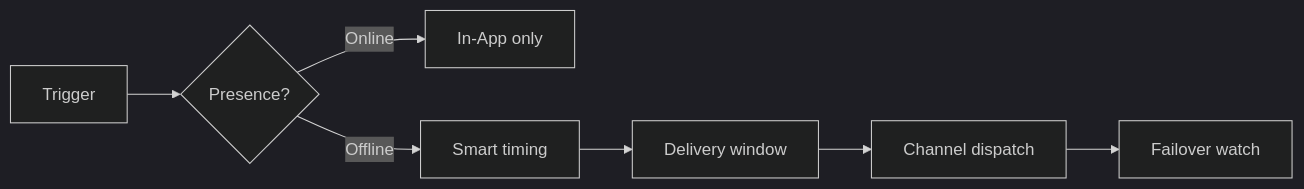
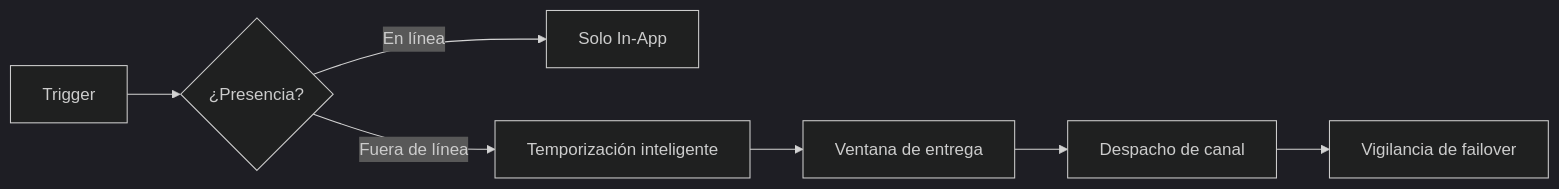
The diagram in content/docs/es/platform/features/index.mdx (KriyanshKhunt/nexus_docs), drawn with Mermaid (dark theme) before and after one commit. The commit also changed other lines of this file and 29 other files, not shown here.

````diff
--- a/content/docs/es/platform/features/index.mdx
+++ b/content/docs/es/platform/features/index.mdx
@@ -32,9 +154,9 @@
 ```mermaid
 flowchart LR
-  T[Trigger] --> P{Presence?}
-  P -->|Online| I[In-App only]
-  P -->|Offline| S[Smart timing]
-  S --> W[Delivery window]
-  W --> C[Channel dispatch]
-  C --> F[Failover watch]
+  T[Trigger] --> P{¿Presencia?}
+  P -->|En línea| I[Solo In-App]
+  P -->|Fuera de línea| S[Temporización inteligente]
+  S --> W[Ventana de entrega]
+  W --> C[Despacho de canal]
+  C --> F[Vigilancia de failover]
 ```
````
